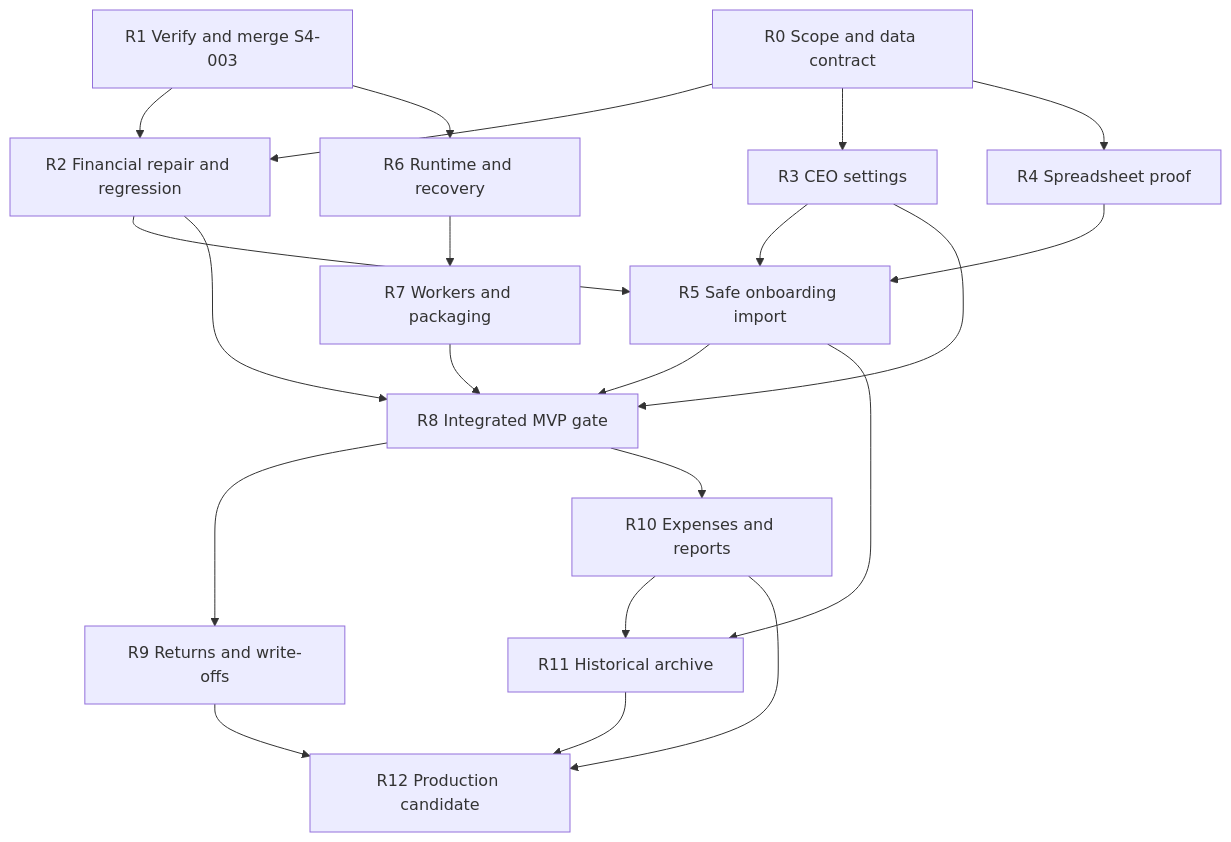
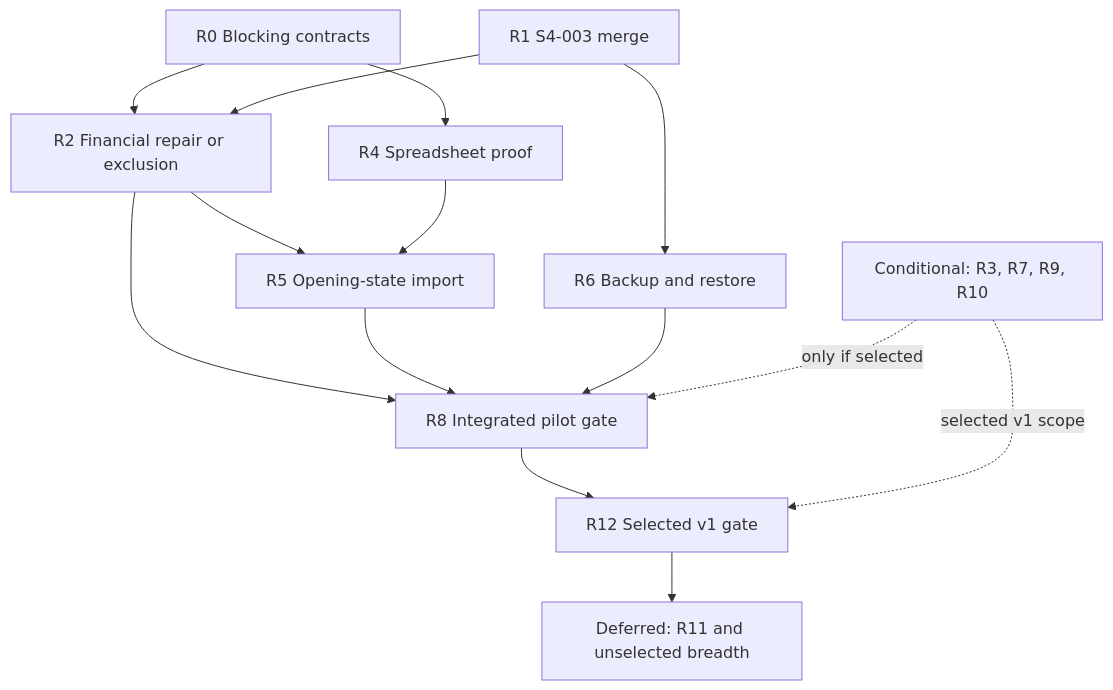
One commit to NabilBNK/Stockiha changed the diagram in Stockiha_Audit_Redesigned_Roadmap_2026-08-02.md. Above: the diagram before and after it, drawn with Mermaid. The commit also changed other lines of this file, not shown here.

````diff
--- a/Stockiha_Audit_Redesigned_Roadmap_2026-08-02.md
+++ b/Stockiha_Audit_Redesigned_Roadmap_2026-08-02.md
@@ -1402,37 +1444,27 @@
 ```mermaid
 flowchart TD
-    R0["R0 Scope and data contract"]
-    R1["R1 Verify and merge S4-003"]
-    R2["R2 Financial repair and regression"]
-    R3["R3 CEO settings"]
+    R0["R0 Blocking contracts"]
+    R1["R1 S4-003 merge"]
+    R2["R2 Financial repair or exclusion"]
     R4["R4 Spreadsheet proof"]
-    R5["R5 Safe onboarding import"]
-    R6["R6 Runtime and recovery"]
-    R7["R7 Workers and packaging"]
-    R8["R8 Integrated MVP gate"]
-    R9["R9 Returns and write-offs"]
-    R10["R10 Expenses and reports"]
-    R11["R11 Historical archive"]
-    R12["R12 Production candidate"]
+    R5["R5 Opening-state import"]
+    R6["R6 Backup and restore"]
+    R8["R8 Integrated pilot gate"]
+    R12["R12 Selected v1 gate"]
+    OPT["Conditional: R3, R7, R9, R10"]
+    POST["Deferred: R11 and unselected breadth"]
 
     R0 --> R2
-    R0 --> R3
     R0 --> R4
     R1 --> R2
+    R2 --> R5
+    R4 --> R5
     R1 --> R6
-    R2 --> R5
-    R3 --> R5
-    R4 --> R5
+    R2 --> R8
     R5 --> R8
-    R6 --> R7
-    R7 --> R8
-    R2 --> R8
-    R3 --> R8
-    R8 --> R9
-    R8 --> R10
-    R5 --> R11
-    R10 --> R11
-    R9 --> R12
-    R10 --> R12
-    R11 --> R12
+    R6 --> R8
+    OPT -. "only if selected" .-> R8
+    R8 --> R12
+    OPT -. "selected v1 scope" .-> R12
+    R12 --> POST
 ```
````
